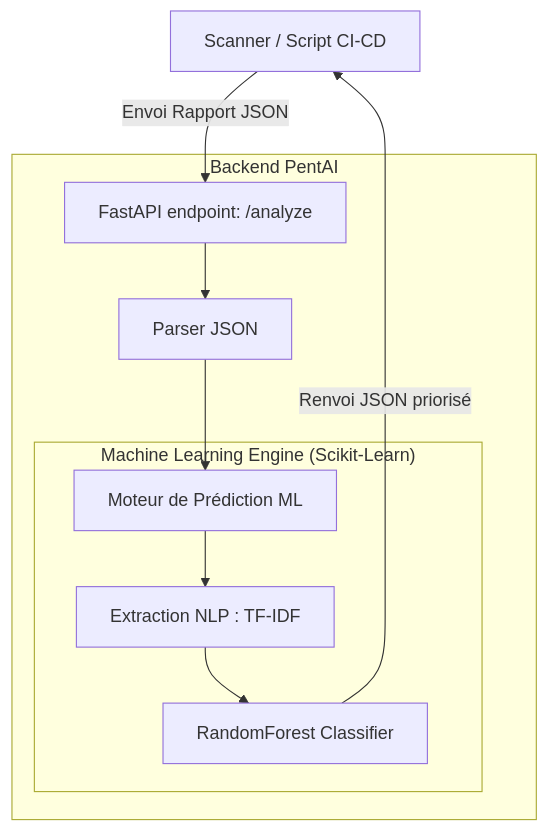
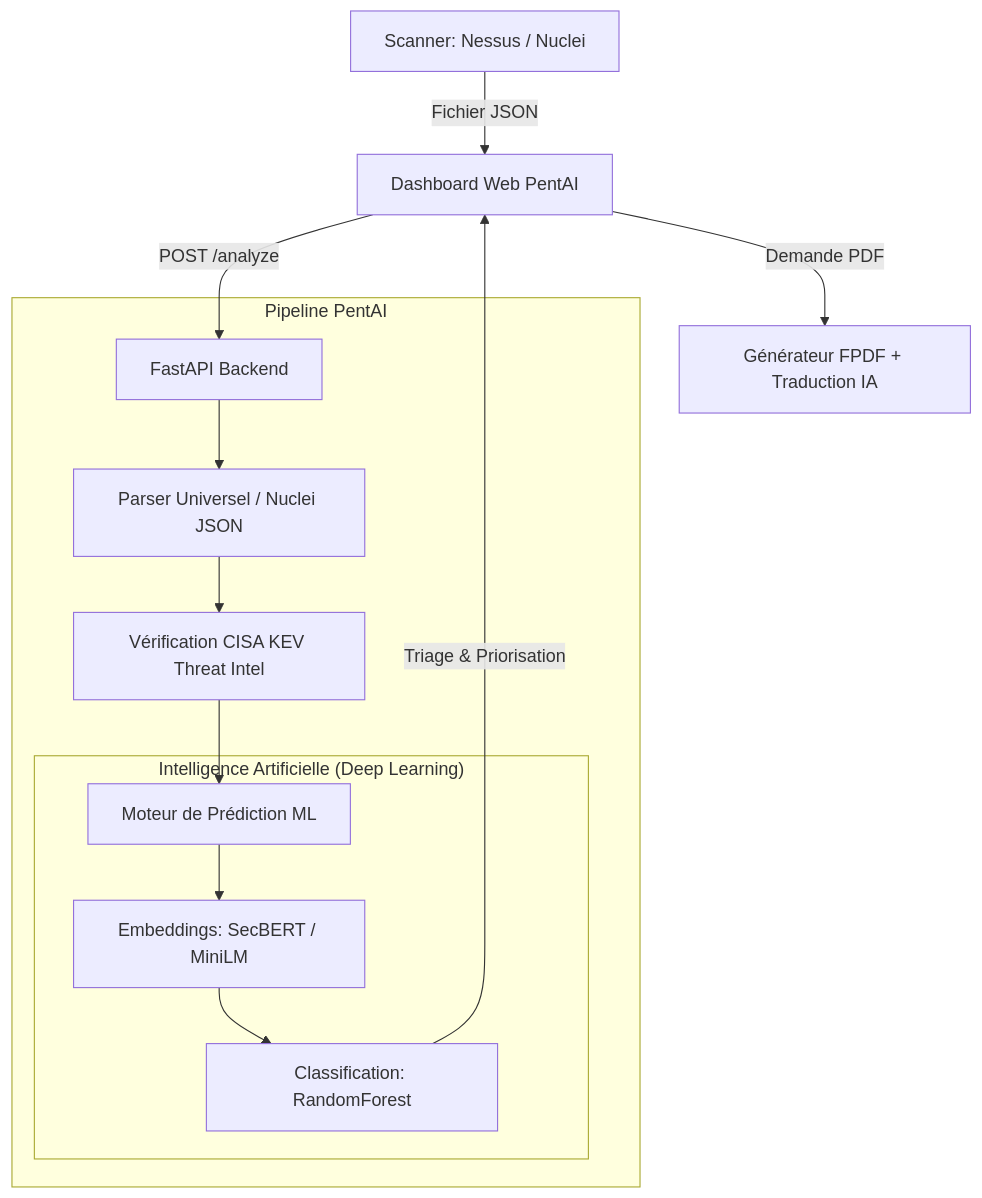
One commit to JamaiAli/PentAI changed the diagram in README.md. Above: the diagram before and after it, drawn with Mermaid. The commit also changed other lines of this file, not shown here.

Commit message:
docs: Amélioration de la section Business Value et mise à jour de l'architecture

````diff
--- a/README.md
+++ b/README.md
@@ -20,16 +22,19 @@
 ```mermaid
 graph TD
-    Client[Scanner / Script CI-CD] -->|Envoi Rapport JSON| API[FastAPI endpoint: /analyze]
+    Client[Scanner: Nessus / Nuclei] -->|Fichier JSON| WebUI[Dashboard Web PentAI]
+    WebUI -->|POST /analyze| API[FastAPI Backend]
     
-    subgraph "Backend PentAI"
-        API --> Parser[Parser JSON]
-        Parser --> Model[Moteur de Prédiction ML]
+    subgraph "Pipeline PentAI"
+        API --> Parser[Parser Universel / Nuclei JSON]
+        Parser --> CTI[Vérification CISA KEV Threat Intel]
+        CTI --> Model[Moteur de Prédiction ML]
         
-        subgraph "Machine Learning Engine (Scikit-Learn)"
-            Model --> TFIDF[Extraction NLP : TF-IDF]
-            TFIDF --> Predict[RandomForest Classifier]
+        subgraph "Intelligence Artificielle (Deep Learning)"
+            Model --> BERT[Embeddings: SecBERT / MiniLM]
+            BERT --> Predict[Classification: RandomForest]
         end
     end
     
-    Predict -->|Renvoi JSON priorisé| Client
+    Predict -->|Triage & Priorisation| WebUI
+    WebUI -->|Demande PDF| PDF[Générateur FPDF + Traduction IA]
 ```
````
